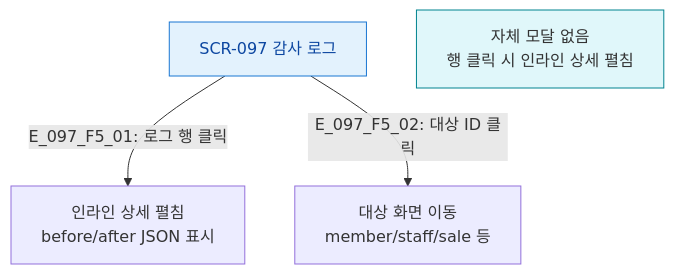
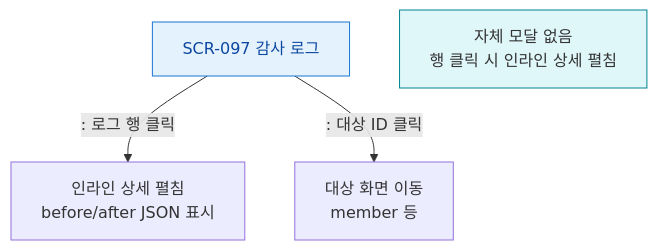
The diagram in docs/다이어그램/D10_본사관리/SCR-097_감사로그/F5_모달트리거.md (dev-spogym/admin-pando), drawn with Mermaid before and after one commit. The commit also changed other lines of this file and 1660 other files, not shown here.

First line of the commit message:
다이어그램: 기획자/클라이언트 납품본으로 정리

````diff
--- a/docs/다이어그램/D10_본사관리/SCR-097_감사로그/F5_모달트리거.md
+++ b/docs/다이어그램/D10_본사관리/SCR-097_감사로그/F5_모달트리거.md
@@ -14,14 +12,14 @@
 ```mermaid
 flowchart TD
   SCR_097[SCR-097 감사 로그]
   Note[자체 모달 없음\n행 클릭 시 인라인 상세 펼침]
 
-  SCR_097 -->|"E_097_F5_01: 로그 행 클릭"| InlineDetail[인라인 상세 펼침\nbefore/after JSON 표시]
-  SCR_097 -->|"E_097_F5_02: 대상 ID 클릭"| NavTarget[대상 화면 이동\nmember/staff/sale 등]
+  SCR_097 -->|": 로그 행 클릭"|InlineDetail[인라인 상세 펼침\nbefore/after JSON 표시]
+  SCR_097 -->|": 대상 ID 클릭"|NavTarget[대상 화면 이동\nmember 등]
 
   classDef screen fill:#E3F2FD,stroke:#1976D2,color:#0D47A1
   classDef info fill:#E0F7FA,stroke:#00838F
 
   class SCR_097 screen
   class Note info
 ```
````
